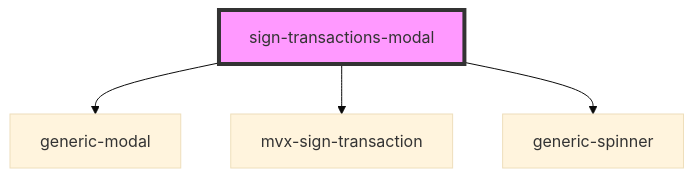
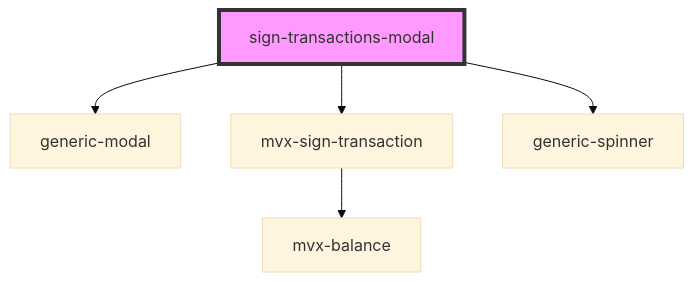
The diagram in src/components/sign-transactions-modal/readme.md (multiversx/mx-sdk-dapp-ui), drawn with Mermaid (base theme) before and after one commit. The commit also changed 7 other files, not shown here.

````diff
--- a/src/components/sign-transactions-modal/readme.md
+++ b/src/components/sign-transactions-modal/readme.md
@@ -37,7 +37,8 @@
 ```mermaid
 graph TD;
   sign-transactions-modal --> generic-modal
   sign-transactions-modal --> mvx-sign-transaction
   sign-transactions-modal --> generic-spinner
+  mvx-sign-transaction --> mvx-balance
   style sign-transactions-modal fill:#f9f,stroke:#333,stroke-width:4px
 ```
````
